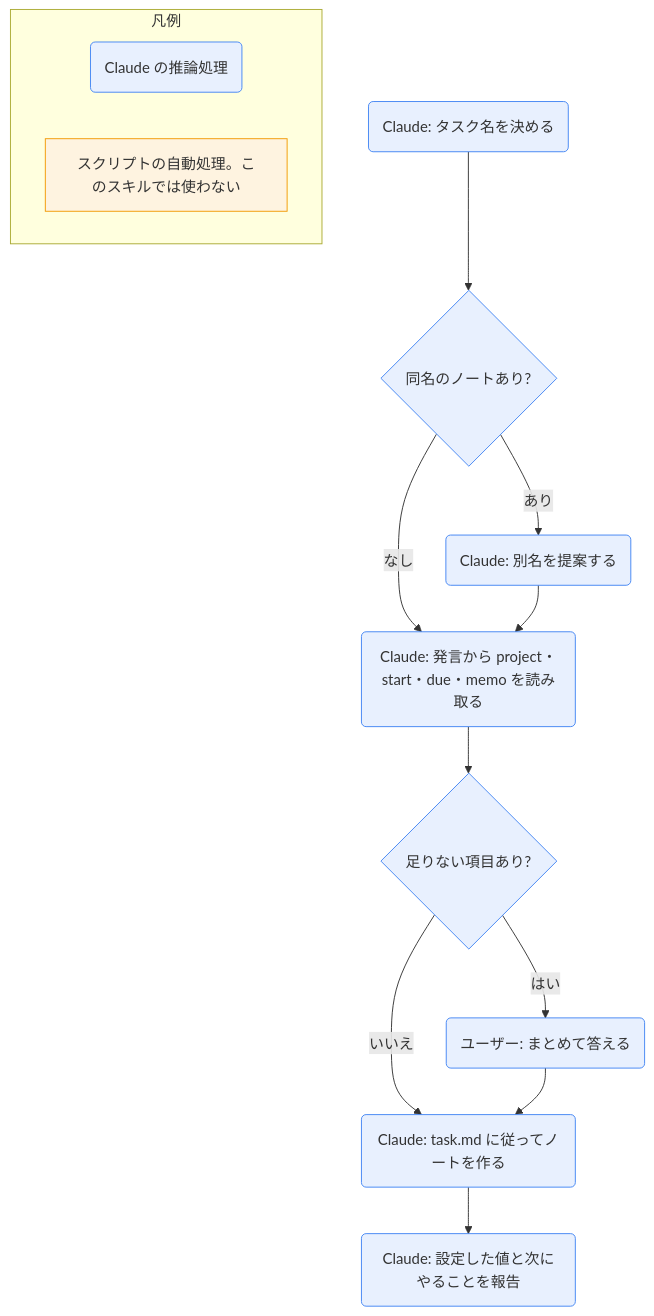
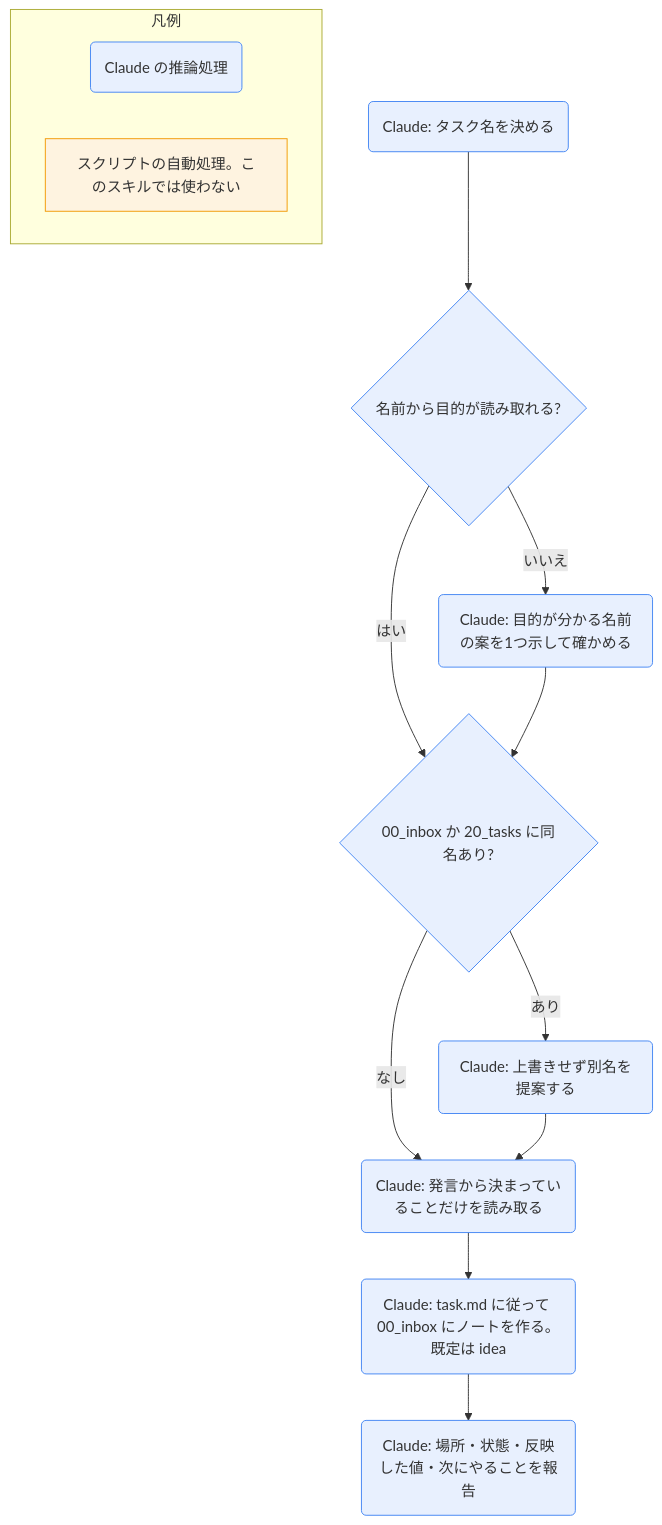
One commit to asama0101/obsidian-claude changed the diagram in 90_system/skill-docs/task-add.md. Above: the diagram before and after it, drawn with Mermaid. The commit also changed other lines of this file and 66 other files, not shown here.

````diff
--- a/90_system/skill-docs/task-add.md
+++ b/90_system/skill-docs/task-add.md
@@ -32,19 +32,19 @@
 ```mermaid
 flowchart TD
-  A(Claude: タスク名を決める) --> B{同名のノートあり?}
-  B -- あり --> C(Claude: 別名を提案する)
-  B -- なし --> D(Claude: 発言から project・start・due・memo を読み取る)
+  A(Claude: タスク名を決める) --> B{名前から目的が読み取れる?}
+  B -- いいえ --> C(Claude: 目的が分かる名前の案を1つ示して確かめる)
+  B -- はい --> D{00_inbox か 20_tasks に同名あり?}
   C --> D
-  D --> E{足りない項目あり?}
-  E -- はい --> F(ユーザー: まとめて答える)
-  E -- いいえ --> G(Claude: task.md に従ってノートを作る)
-  F --> G
-  G --> H(Claude: 設定した値と次にやることを報告)
+  D -- あり --> E(Claude: 上書きせず別名を提案する)
+  D -- なし --> F(Claude: 発言から決まっていることだけを読み取る)
+  E --> F
+  F --> G(Claude: task.md に従って 00_inbox にノートを作る。既定は idea)
+  G --> H(Claude: 場所・状態・反映した値・次にやることを報告)
   classDef ai fill:#e8f0fe,stroke:#4285f4
   classDef sc fill:#fef3e0,stroke:#f29900
   class A,B,C,D,E,F,G,H ai
   subgraph 凡例
     L1(Claude の推論処理):::ai
     L2[スクリプトの自動処理。このスキルでは使わない]:::sc
   end
 ```
````
